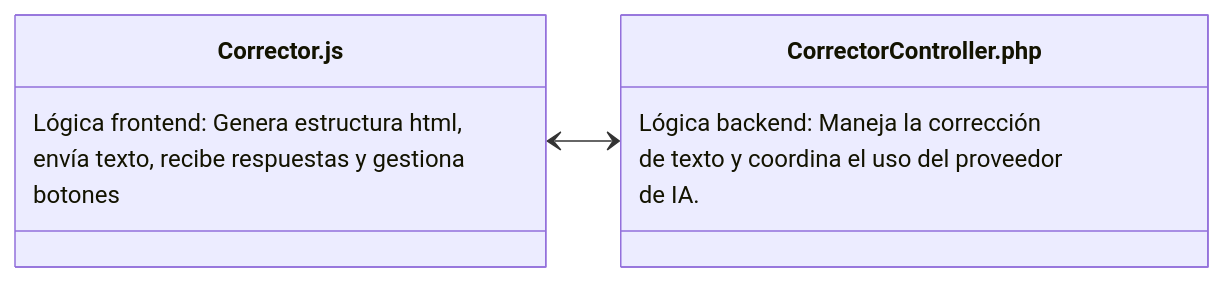
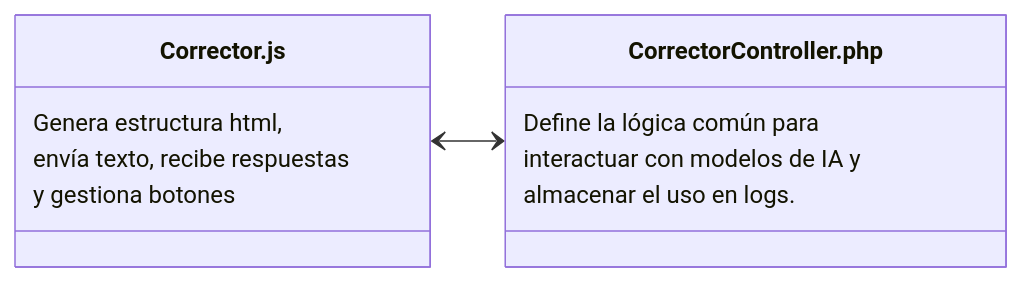
The third of 3 diagrams in docs/IA/Proyectos/CorrectorDeTexto.md (SaanRM/notas-sintecto), drawn with Mermaid before and after one commit. The commit also changed other lines of this file, not shown here.

Commit message:
ajustes descriptión AbstractAiProvider

````diff
--- a/docs/IA/Proyectos/CorrectorDeTexto.md
+++ b/docs/IA/Proyectos/CorrectorDeTexto.md
@@ -155,20 +156,20 @@
 ```mermaid
 
 classDiagram
     direction RL
 
     class Corrector.js {
-        Lógica frontend: Genera estructura html,
-        envía texto, recibe respuestas y gestiona
-        botones
+        Genera estructura html,
+        envía texto, recibe respuestas 
+        y gestiona botones
     }
 
     CorrectorController.php <--> Corrector.js
 
     class CorrectorController.php {
-        Lógica backend:  Maneja la corrección 
-        de texto y coordina el uso del proveedor 
-        de IA.
+        Define la lógica común para 
+        interactuar con modelos de IA y 
+        almacenar el uso en logs.
     }
 
 ```
````
